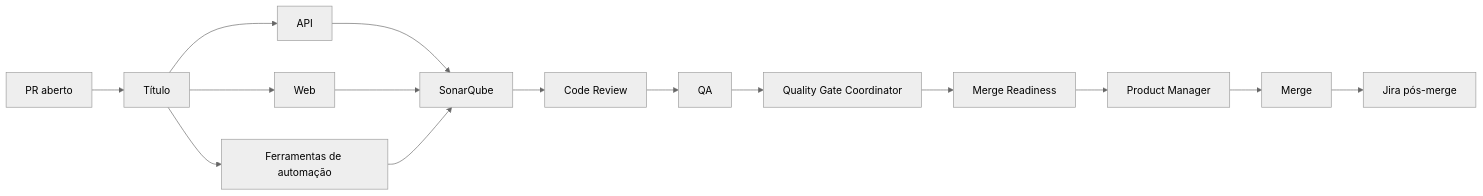
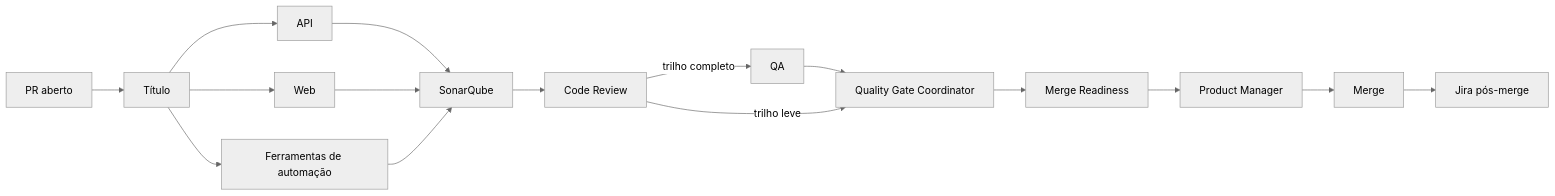
One commit to TitoStauffer/CashIn changed the diagram in docs/knowledge/automation/delivery-flow.md. Above: the diagram before and after it, drawn with Mermaid (neutral theme). The commit also changed other lines of this file and 22 other files, not shown here.

First line of the commit message:
[DEV-116] - Trilho leve de revisão para mudança que não altera runtime (#91)

````diff
--- a/docs/knowledge/automation/delivery-flow.md
+++ b/docs/knowledge/automation/delivery-flow.md
@@ -17,17 +17,18 @@
 ```mermaid
 flowchart LR
   PR[PR aberto] --> T[Título]
   T --> A[API]
   T --> W[Web]
   T --> R[Ferramentas de automação]
   A --> S[SonarQube]
   W --> S
   R --> S
   S --> CR[Code Review]
-  CR --> QA[QA]
+  CR -->|trilho completo| QA[QA]
   QA --> QG[Quality Gate Coordinator]
+  CR -->|trilho leve| QG
   QG --> MR[Merge Readiness]
   MR --> PM[Product Manager]
   PM --> M[Merge]
   M --> J[Jira pós-merge]
 ```
````
